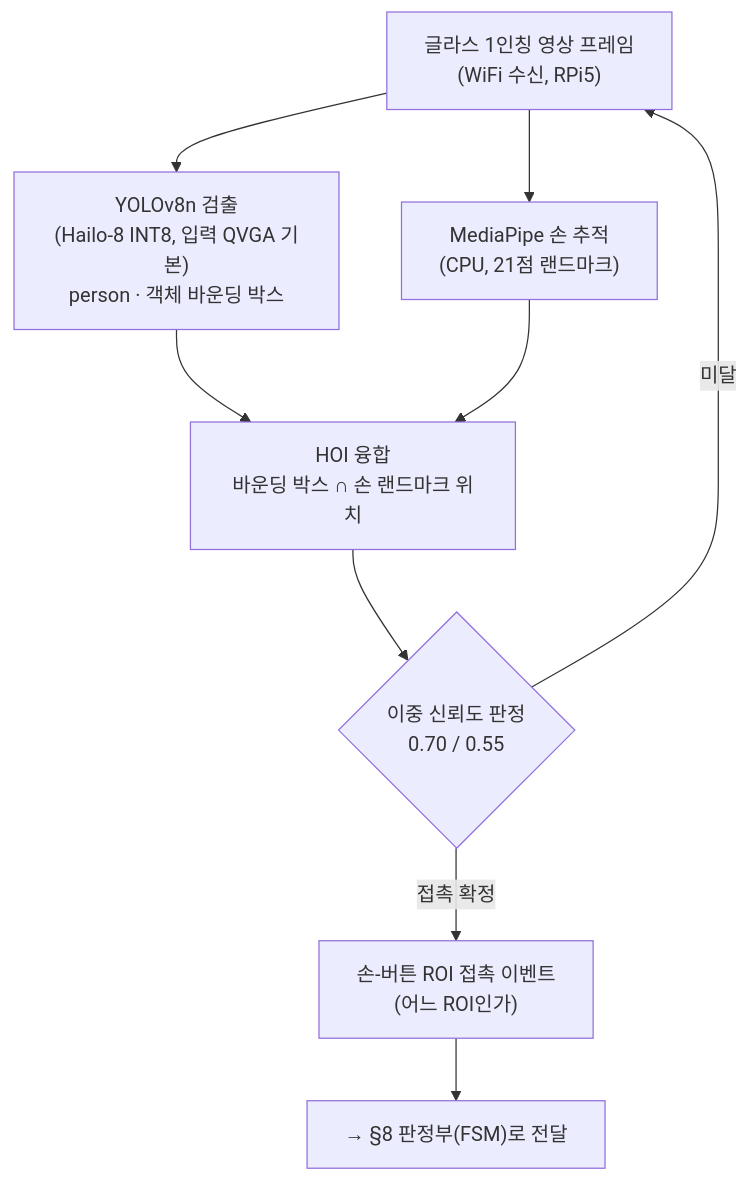
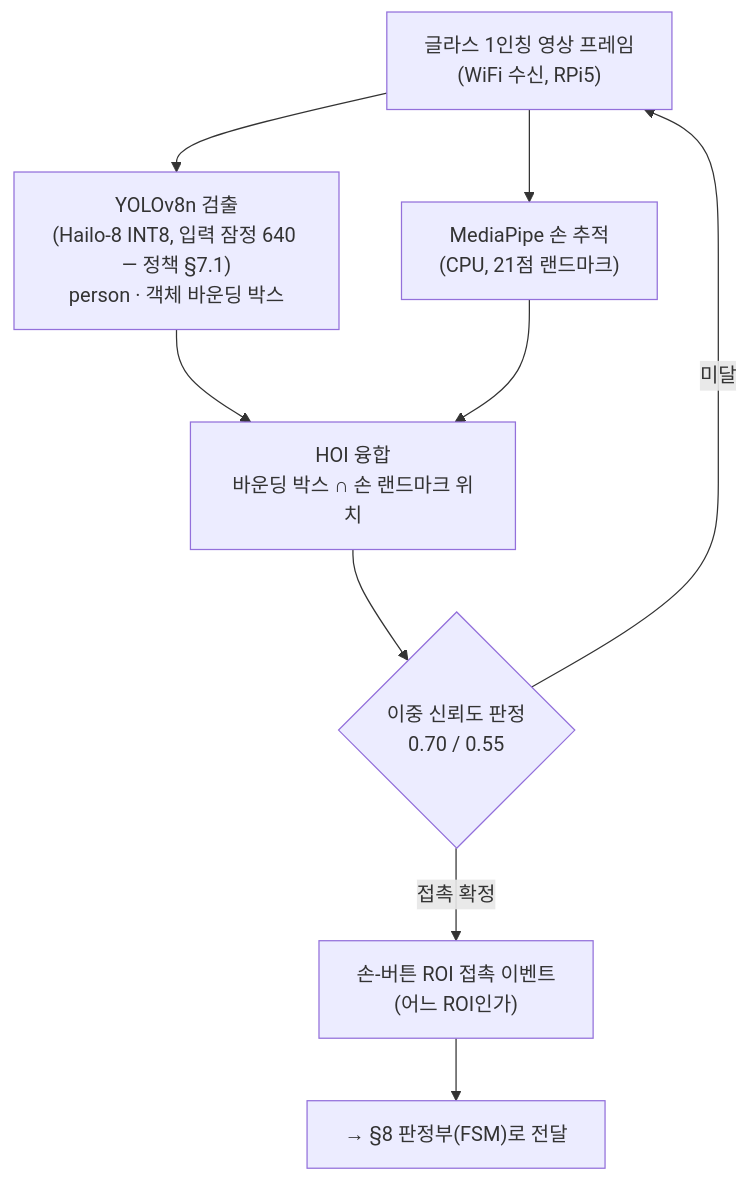
The third of 6 diagrams in docs/통합수행설계문서_전체_섹션1-15.md (kimem9859-arch/sop-project), drawn with Mermaid before and after one commit. The commit also changed other lines of this file, not shown here.

````diff
--- a/docs/통합수행설계문서_전체_섹션1-15.md
+++ b/docs/통합수행설계문서_전체_섹션1-15.md
@@ -335,11 +334,11 @@
 ```mermaid
 flowchart TD
-    F0["글라스 1인칭 영상 프레임<br/>(WiFi 수신, RPi5)"] --> F1["YOLOv8n 검출<br/>(Hailo-8 INT8, 입력 QVGA 기본)<br/>person · 객체 바운딩 박스"]
+    F0["글라스 1인칭 영상 프레임<br/>(WiFi 수신, RPi5)"] --> F1["YOLOv8n 검출<br/>(Hailo-8 INT8, 입력 잠정 640 — 정책 §7.1)<br/>person · 객체 바운딩 박스"]
     F0 --> F2["MediaPipe 손 추적<br/>(CPU, 21점 랜드마크)"]
     F1 --> F3["HOI 융합<br/>바운딩 박스 ∩ 손 랜드마크 위치"]
     F2 --> F3
     F3 --> F4{"이중 신뢰도 판정<br/>0.70 / 0.55"}
     F4 -->|접촉 확정| F5["손-버튼 ROI 접촉 이벤트<br/>(어느 ROI인가)"]
     F4 -->|미달| F0
     F5 --> OUT["→ §8 판정부(FSM)로 전달"]
 ```
````
